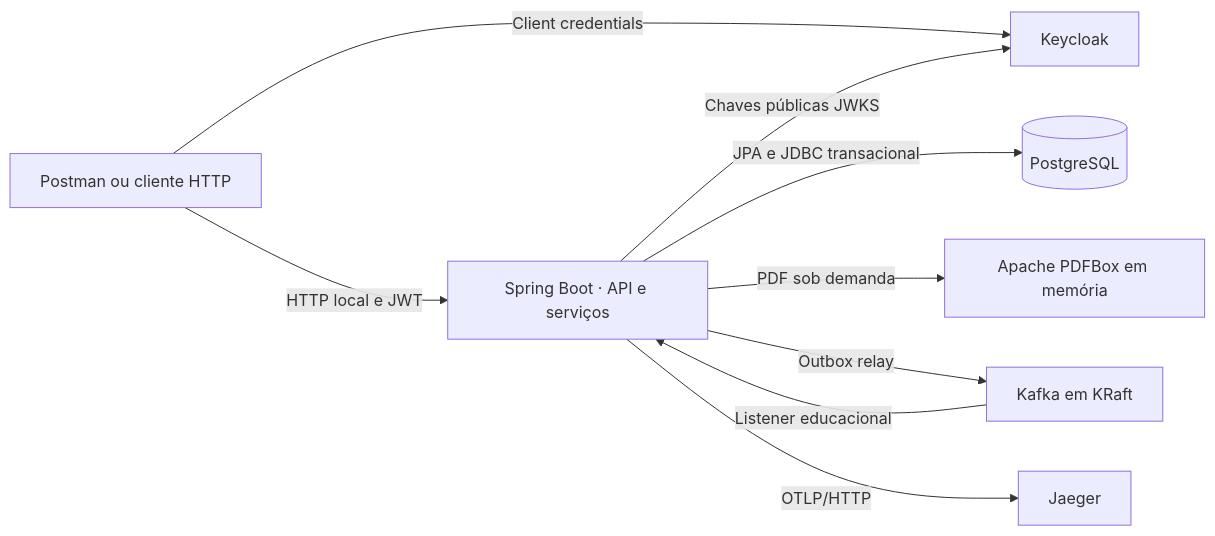
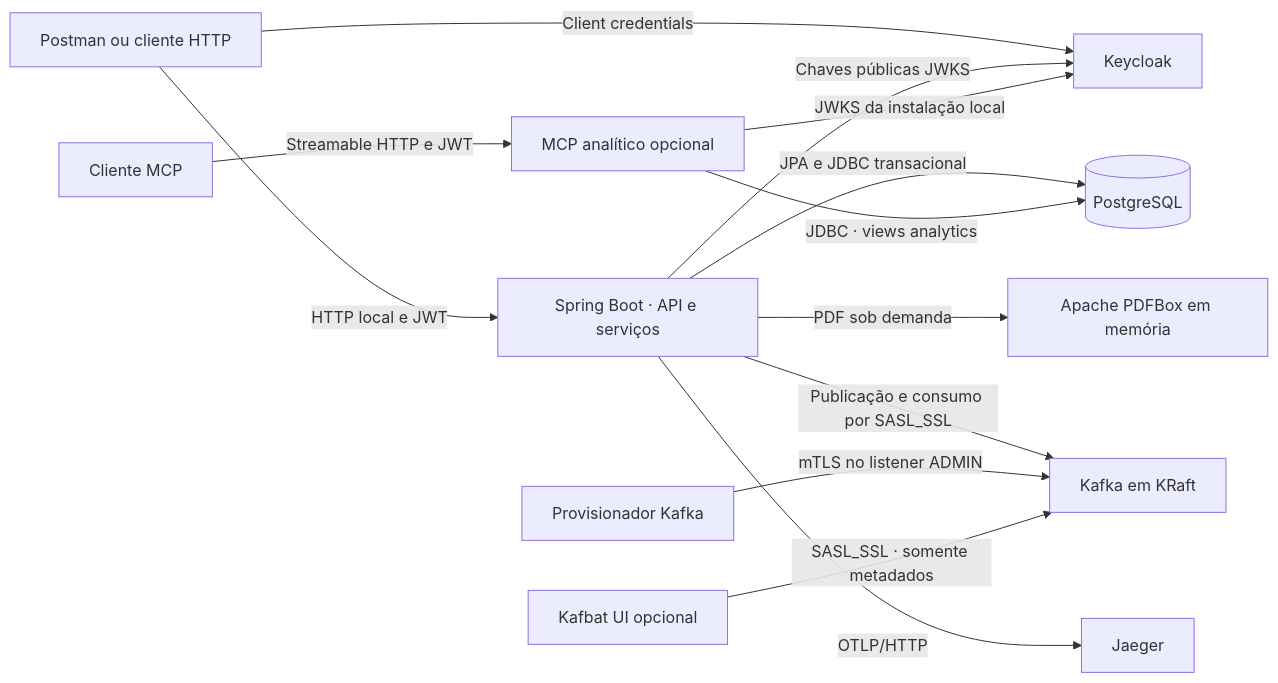
The diagram in docs-site/docs/arquitetura/visao-geral.md (jonatadev/BoletoPaymentLab), drawn with Mermaid before and after one commit. The commit also changed other lines of this file and 13 other files, not shown here.

````diff
--- a/docs-site/docs/arquitetura/visao-geral.md
+++ b/docs-site/docs/arquitetura/visao-geral.md
@@ -12,13 +13,17 @@
 ```mermaid
 flowchart LR
   accTitle: Componentes do Boleto Payment Lab
   accDescr: As setas indicam chamadas locais, trocas de mensagens ou exportação de traces.
   Client["Postman ou cliente HTTP"] -->|"Client credentials"| OIDC["Keycloak"]
   Client -->|"HTTP local e JWT"| App["Spring Boot · API e serviços"]
   App -->|"Chaves públicas JWKS"| OIDC
   App -->|"JPA e JDBC transacional"| DB[("PostgreSQL")]
   App -->|"PDF sob demanda"| PDF["Apache PDFBox em memória"]
-  App -->|"Outbox relay"| Kafka["Kafka em KRaft"]
-  Kafka -->|"Listener educacional"| App
+  App -->|"Publicação e consumo por SASL_SSL"| Kafka["Kafka em KRaft"]
+  Provision["Provisionador Kafka"] -->|"mTLS no listener ADMIN"| Kafka
+  UI["Kafbat UI opcional"] -->|"SASL_SSL · somente metadados"| Kafka
   App -->|"OTLP/HTTP"| Jaeger["Jaeger"]
+  McpClient["Cliente MCP"] -->|"Streamable HTTP e JWT"| MCP["MCP analítico opcional"]
+  MCP -->|"JWKS da instalação local"| OIDC
+  MCP -->|"JDBC · views analytics"| DB
 ```
````
